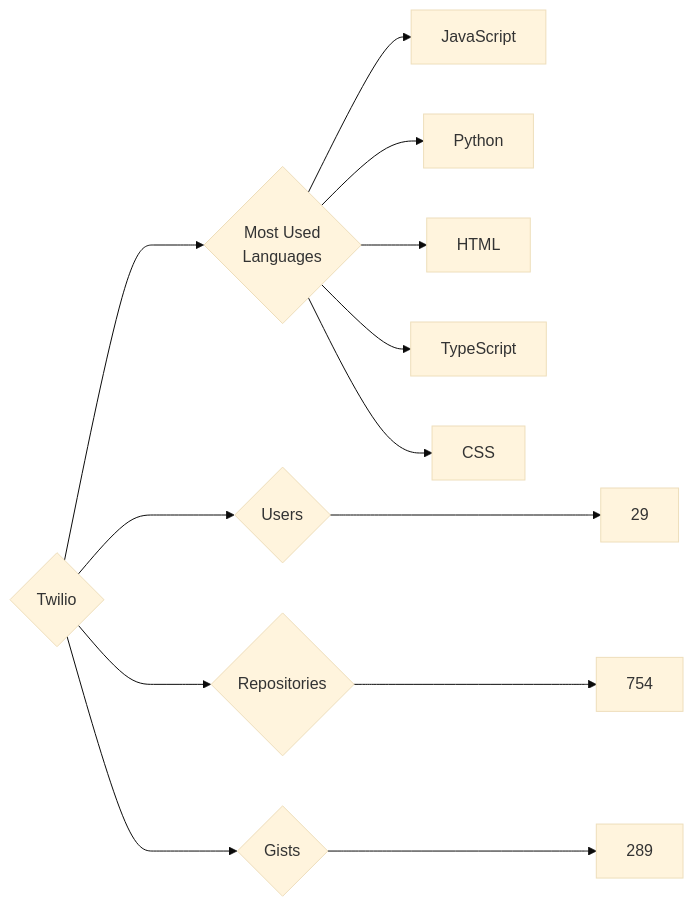
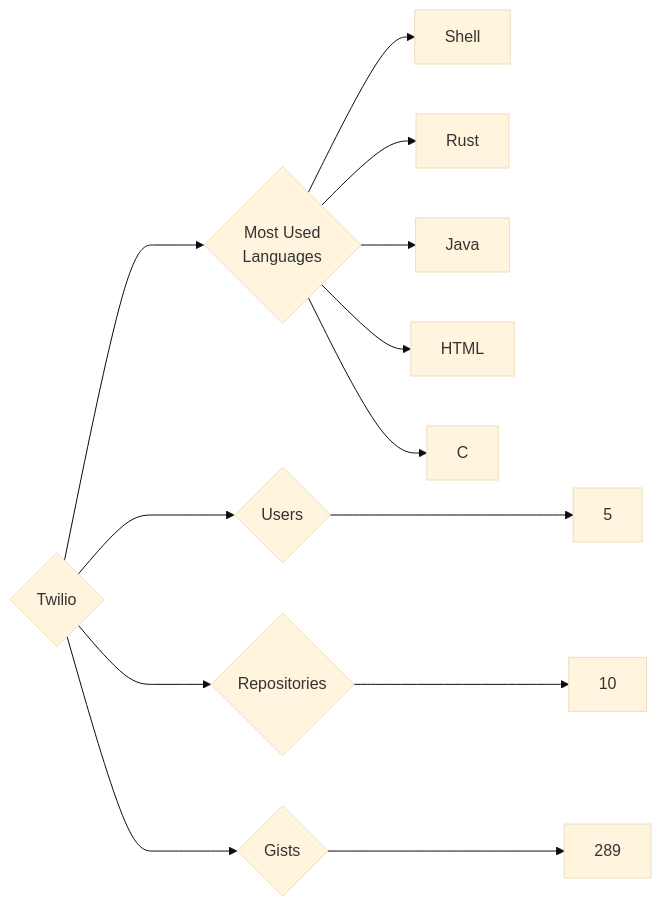
One commit to trickest/insiders changed the diagram in targets/Twilio/README.md. Above: the diagram before and after it, drawn with Mermaid (base theme). The commit also changed 1496 other files, not shown here.

````diff
--- a/targets/Twilio/README.md
+++ b/targets/Twilio/README.md
@@ -3,13 +3,13 @@
 ```mermaid
 graph LR
 COMPANY_NAME{Twilio}
-COMPANY_NAME ---> U{Users} ---> UN[29]
-COMPANY_NAME ---> R{Repositories} ---> RN[754]
+COMPANY_NAME ---> U{Users} ---> UN[5]
+COMPANY_NAME ---> R{Repositories} ---> RN[10]
 COMPANY_NAME ---> G{Gists} ---> GN[289]
 COMPANY_NAME ---> ML{Most Used<br>Languages}
-ML --> JavaScript[JavaScript]
-ML --> Python[Python]
+ML --> Shell[Shell]
+ML --> Rust[Rust]
+ML --> Java[Java]
 ML --> HTML[HTML]
-ML --> TypeScript[TypeScript]
-ML --> CSS[CSS]
+ML --> C[C]
 ```
````
